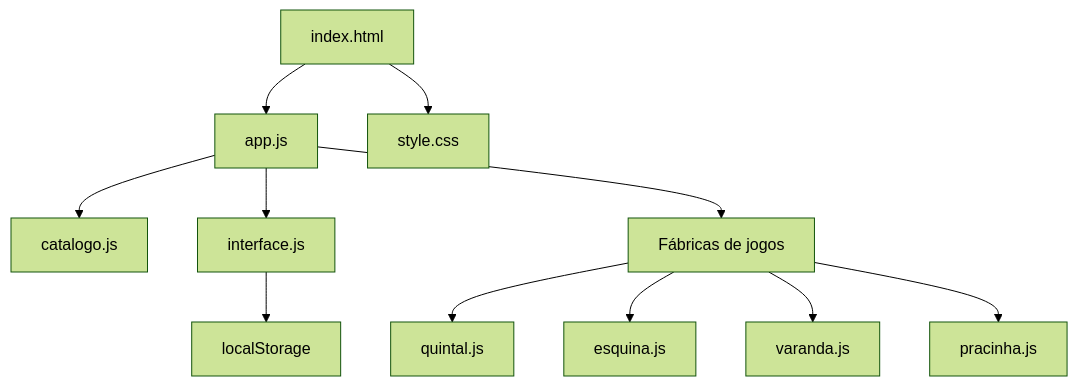
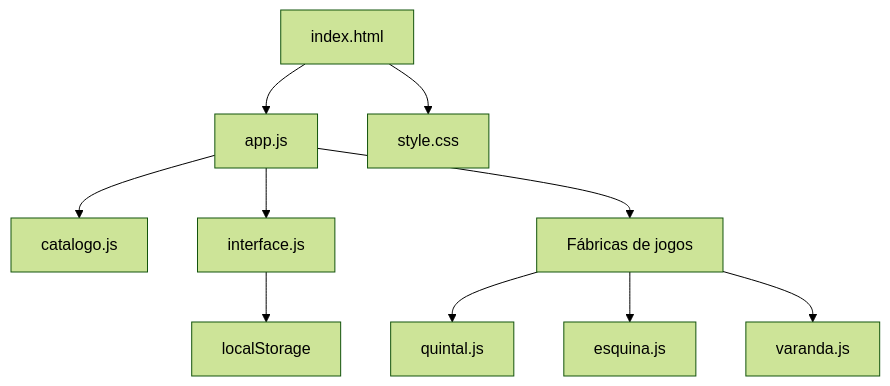
One commit to luigiscofano/Miudezas changed the diagram in README.md. Above: the diagram before and after it, drawn with Mermaid (forest theme). The commit also changed other lines of this file and 11 other files, not shown here.

````diff
--- a/README.md
+++ b/README.md
@@ -249,13 +269,12 @@
 ```mermaid
 flowchart TD
   H["index.html"] --> A["app.js"]
   H --> S["style.css"]
   A --> C["catalogo.js"]
   A --> I["interface.js"]
   A --> F["Fábricas de jogos"]
   F --> Q["quintal.js"]
   F --> E["esquina.js"]
   F --> V["varanda.js"]
-  F --> P["pracinha.js"]
   I --> L["localStorage"]
 ```
````
